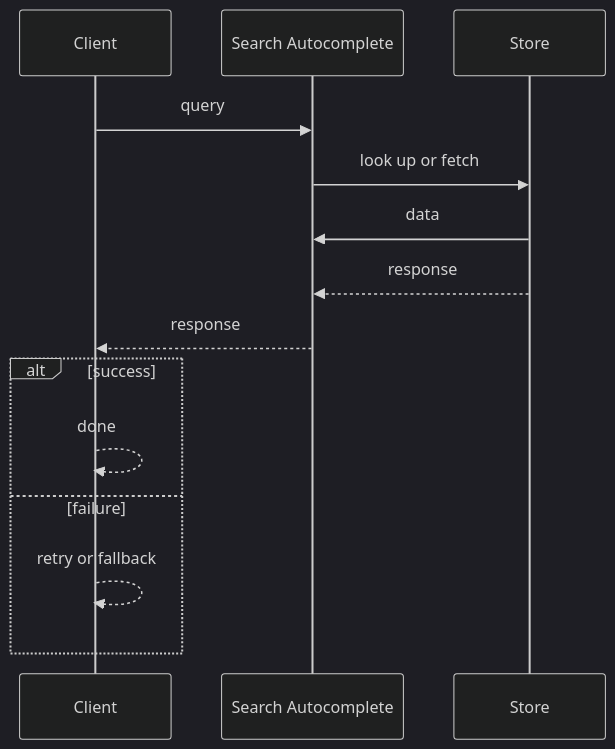
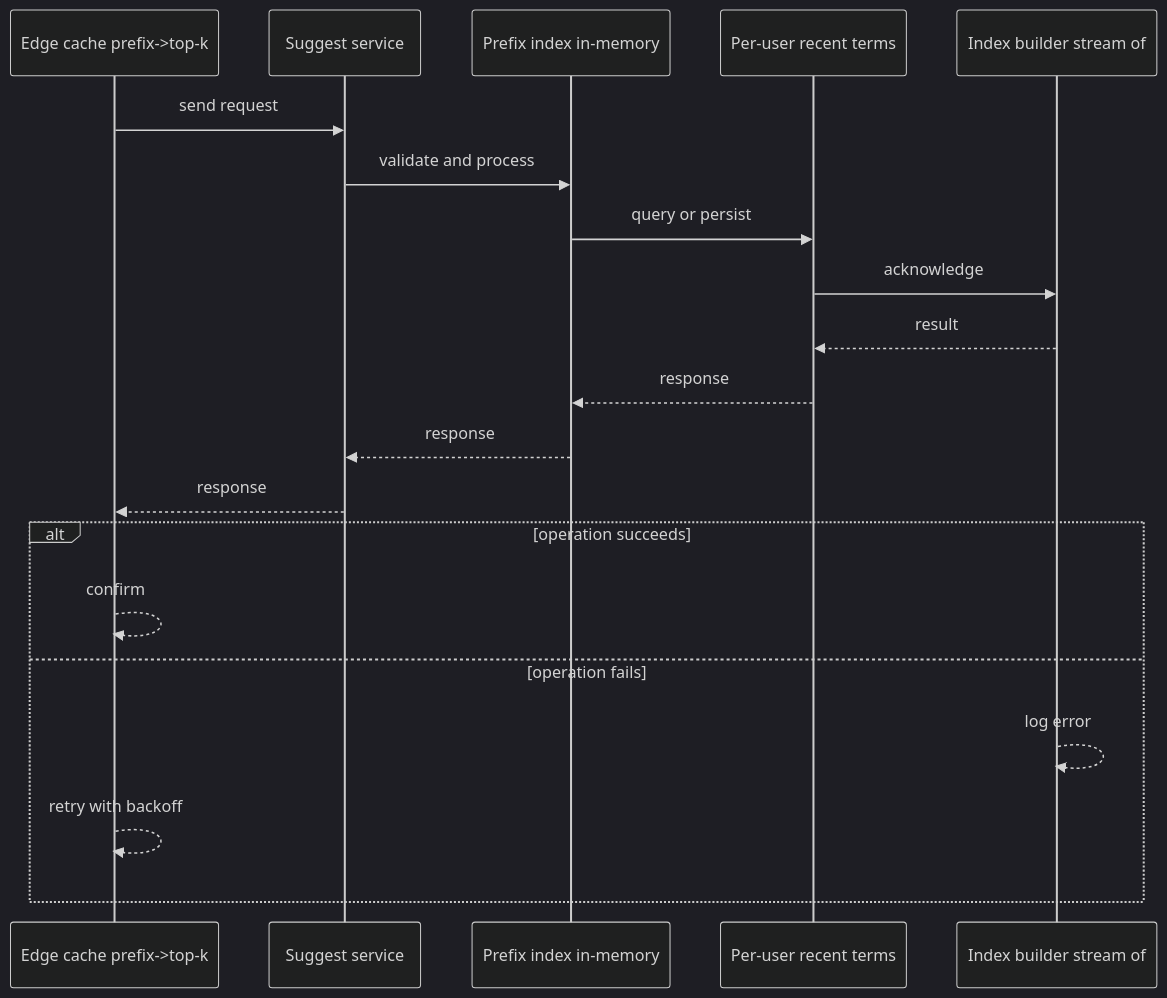
Before and after one commit to RIT-MESH/system-design-mastery: the second of 4 diagrams in case-studies/intermediate/search-autocomplete.md, drawn with Mermaid (dark theme). The commit also changed other lines of this file and 64 other files, not shown here.

````diff
--- a/case-studies/intermediate/search-autocomplete.md
+++ b/case-studies/intermediate/search-autocomplete.md
@@ -72,17 +63,23 @@
 ```mermaid
 %% created-for: system-design-mastery
 sequenceDiagram
-  participant P0 as Client
-  participant P1 as Search Autocomplete
-  participant P2 as Store
-  P0 ->> P1: query
-  P1 ->> P2: look up or fetch
-  P2 ->> P1: data
-  P2 -->> P1: response
-  P1 -->> P0: response
-  alt success
-    P0 -->> P0: done
-  else failure
-    P0 -->> P0: retry or fallback
+  participant C0 as Edge cache prefix->top-k
+  participant C1 as Suggest service
+  participant C2 as Prefix index in-memory
+  participant C3 as Per-user recent terms
+  participant C4 as Index builder stream of
+  C0 ->> C1: send request
+  C1 ->> C2: validate and process
+  C2 ->> C3: query or persist
+  C3 ->> C4: acknowledge
+  C4 -->> C3: result
+  C3 -->> C2: response
+  C2 -->> C1: response
+  C1 -->> C0: response
+  alt operation succeeds
+    C0 -->> C0: confirm
+  else operation fails
+    C4 -->> C4: log error
+    C0 -->> C0: retry with backoff
   end
 ```
````
